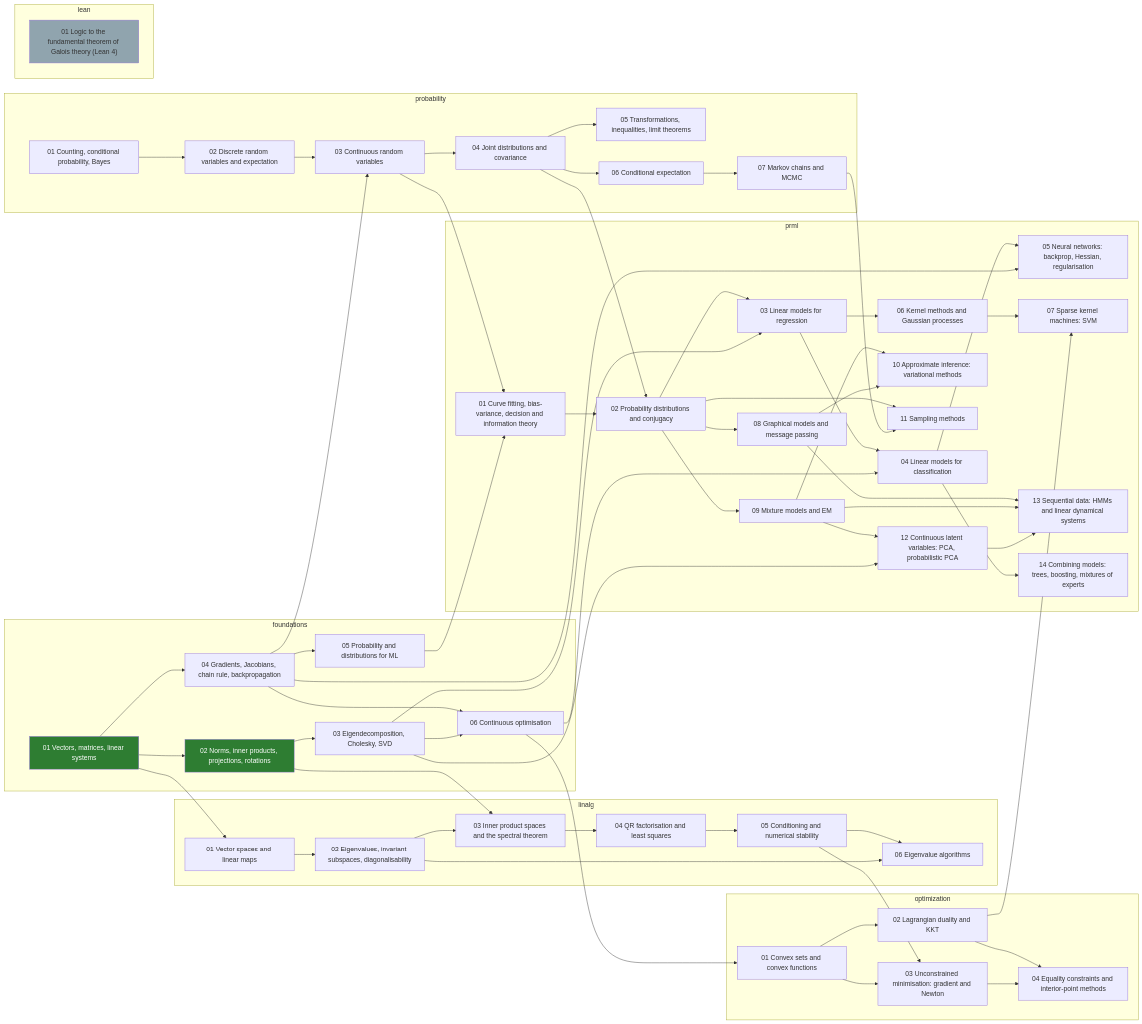
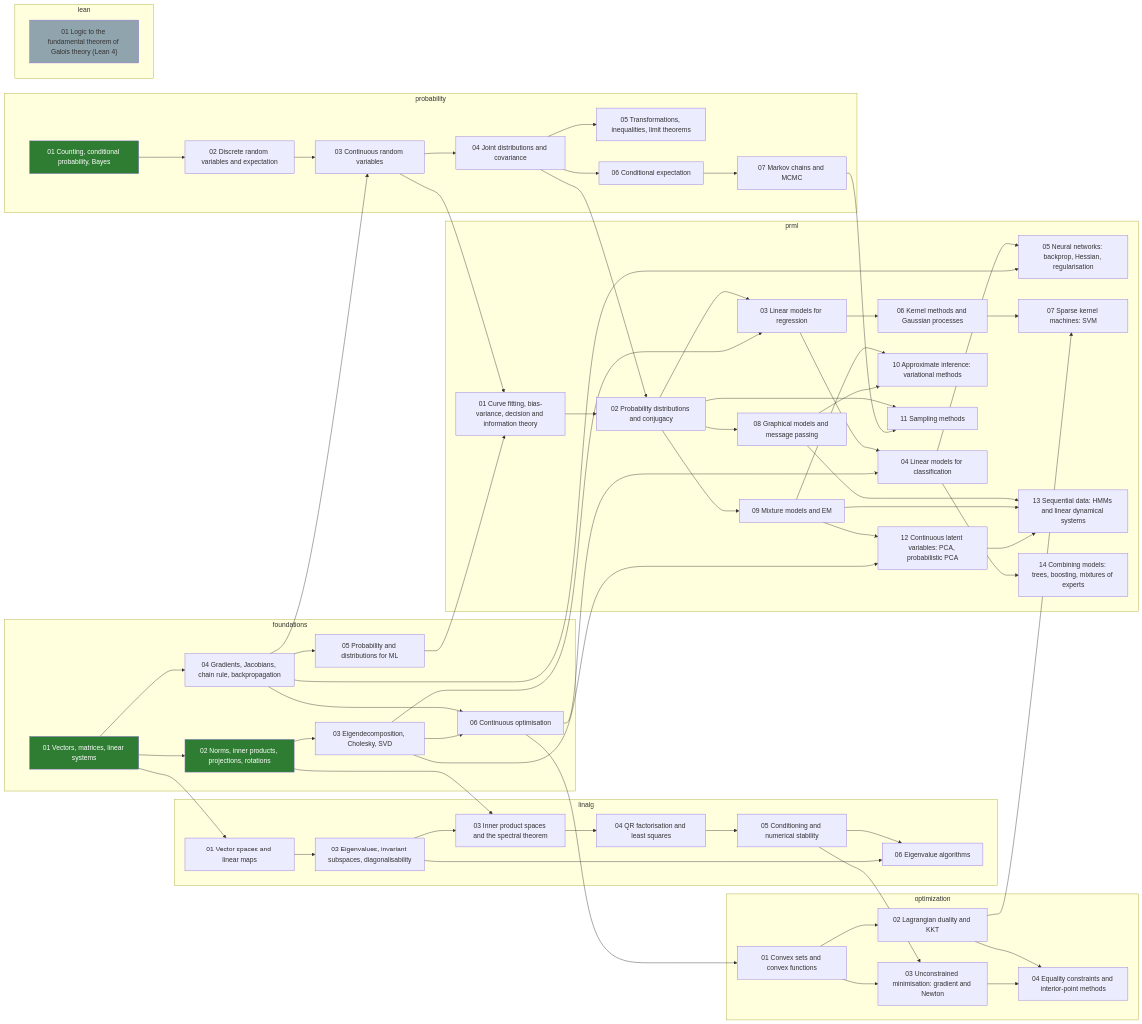
One commit to alektebel/learn-stuff-from-scratch changed the diagram in skill-tree/README.md. Above: the diagram before and after it, drawn with Mermaid. The commit also changed other lines of this file and 8 other files, not shown here.

First line of the commit message:
math: build probability-01-counting-conditioning

```diff
--- a/skill-tree/README.md
+++ b/skill-tree/README.md
@@ -81,7 +81,7 @@
     linalg-06-eigenvalue-algorithms["06 Eigenvalue algorithms"]
   end
   subgraph probability
-    probability-01-counting-conditioning["01 Counting, conditional probability, Bayes"]
+    probability-01-counting-conditioning["01 Counting, conditional probability, Bayes"]:::done
     probability-02-random-variables["02 Discrete random variables and expectation"]
     probability-03-continuous["03 Continuous random variables"]
     probability-04-joint["04 Joint distributions and covariance"]
```
